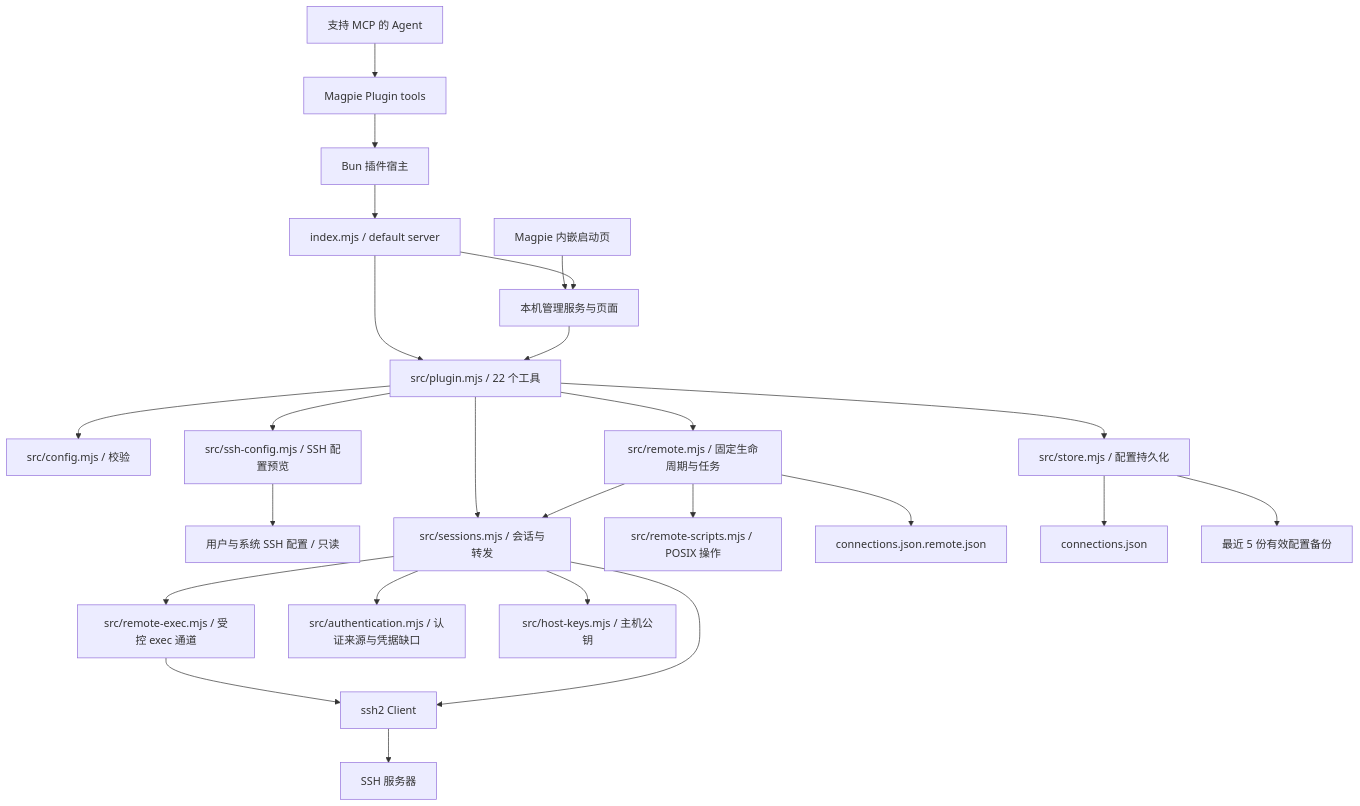
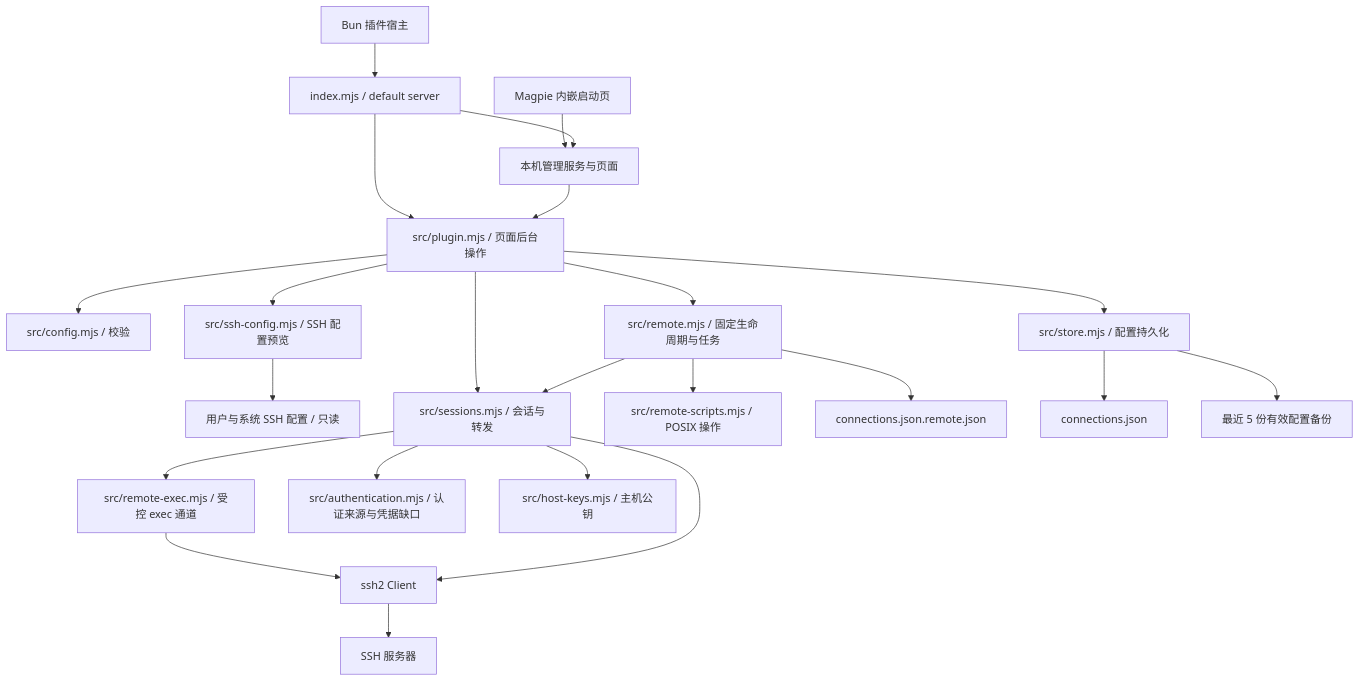
The first of 4 diagrams in docs/architecture.md (zhaoyi2018/magpie-remote), drawn with Mermaid before and after one commit. The commit also changed other lines of this file and 17 other files, not shown here.

````diff
--- a/docs/architecture.md
+++ b/docs/architecture.md
@@ -5,27 +5,25 @@
 ```mermaid
 flowchart TD
-  Agent[支持 MCP 的 Agent] --> Gateway[Magpie Plugin tools]
-  Gateway --> Host[Bun 插件宿主]
-  Host --> Entry[index.mjs / default server]
-  Entry --> Tools[src/plugin.mjs / 22 个工具]
+  Host[Bun 插件宿主] --> Entry[index.mjs / default server]
+  Entry --> Tools[src/plugin.mjs / 页面后台操作]
   Page[Magpie 内嵌启动页] --> UI[本机管理服务与页面]
   Entry --> UI
   UI --> Tools
   Tools --> Config[src/config.mjs / 校验]
   Tools --> Store[src/store.mjs / 配置持久化]
   Tools --> Import[src/ssh-config.mjs / SSH 配置预览]
   Import --> Source[用户与系统 SSH 配置 / 只读]
   Tools --> Sessions[src/sessions.mjs / 会话与转发]
   Tools --> Remote[src/remote.mjs / 固定生命周期与任务]
   Remote --> Scripts[src/remote-scripts.mjs / POSIX 操作]
   Remote --> RemoteState[connections.json.remote.json]
   Remote --> Sessions
   Sessions --> Exec[src/remote-exec.mjs / 受控 exec 通道]
   Exec --> SSH
   Sessions --> Authentication[src/authentication.mjs / 认证来源与凭据缺口]
   Sessions --> Trust[src/host-keys.mjs / 主机公钥]
   Sessions --> SSH[ssh2 Client]
   SSH --> Server[SSH 服务器]
   Store --> File[connections.json]
   Store --> Backups[最近 5 份有效配置备份]
 ```
````
